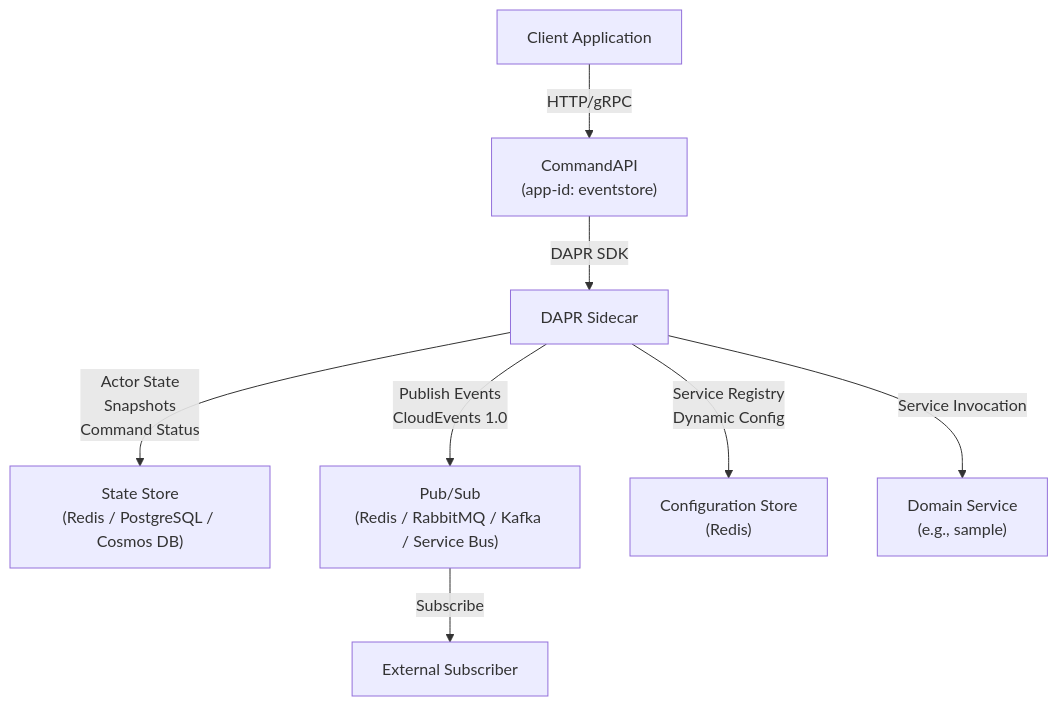
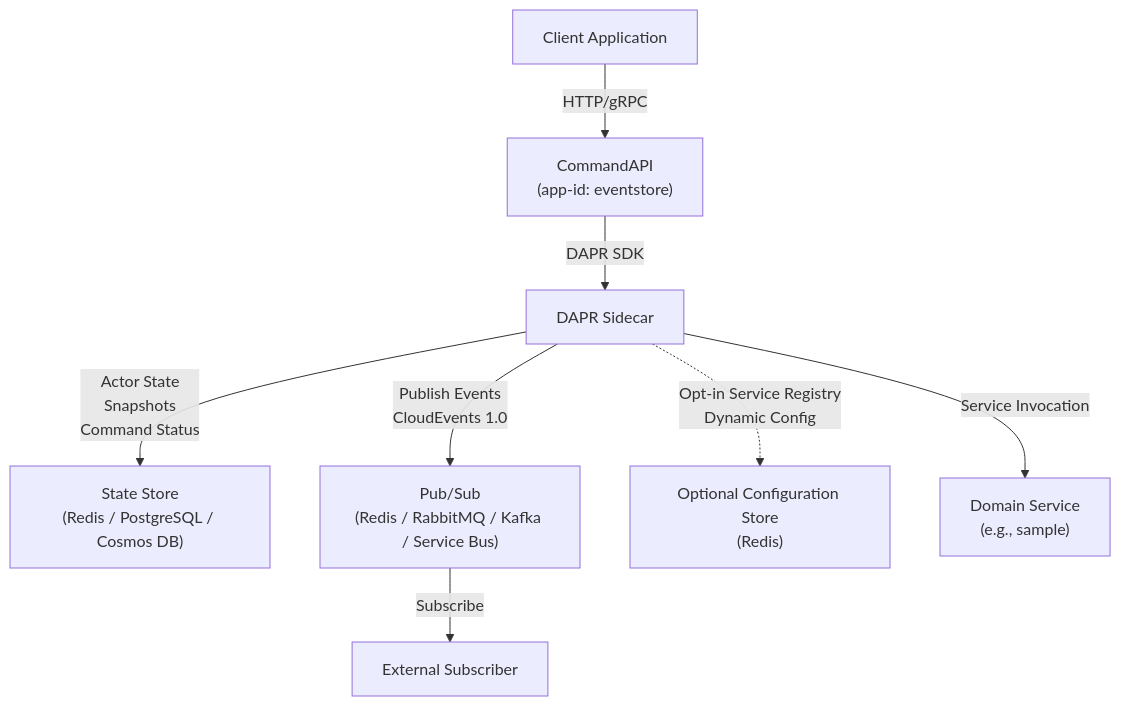
The diagram in docs/guides/dapr-component-reference.md (Hexalith/Hexalith.EventStore), drawn with Mermaid before and after one commit. The commit also changed other lines of this file and 9 other files, not shown here.

````diff
--- a/docs/guides/dapr-component-reference.md
+++ b/docs/guides/dapr-component-reference.md
@@ -21,19 +21,19 @@
 ```mermaid
 flowchart TB
     Client["Client Application"]
     API["CommandAPI\n(app-id: eventstore)"]
     Sidecar["DAPR Sidecar"]
     SS["State Store\n(Redis / PostgreSQL / Cosmos DB)"]
     PS["Pub/Sub\n(Redis / RabbitMQ / Kafka / Service Bus)"]
-    CS["Configuration Store\n(Redis)"]
+    CS["Optional Configuration Store\n(Redis)"]
     DS["Domain Service\n(e.g., sample)"]
     Sub["External Subscriber"]
 
     Client -->|"HTTP/gRPC"| API
     API -->|"DAPR SDK"| Sidecar
     Sidecar -->|"Actor State\nSnapshots\nCommand Status"| SS
     Sidecar -->|"Publish Events\nCloudEvents 1.0"| PS
-    Sidecar -->|"Service Registry\nDynamic Config"| CS
+    Sidecar -.->|"Opt-in Service Registry\nDynamic Config"| CS
     Sidecar -->|"Service Invocation"| DS
     PS -->|"Subscribe"| Sub
 ```
````
